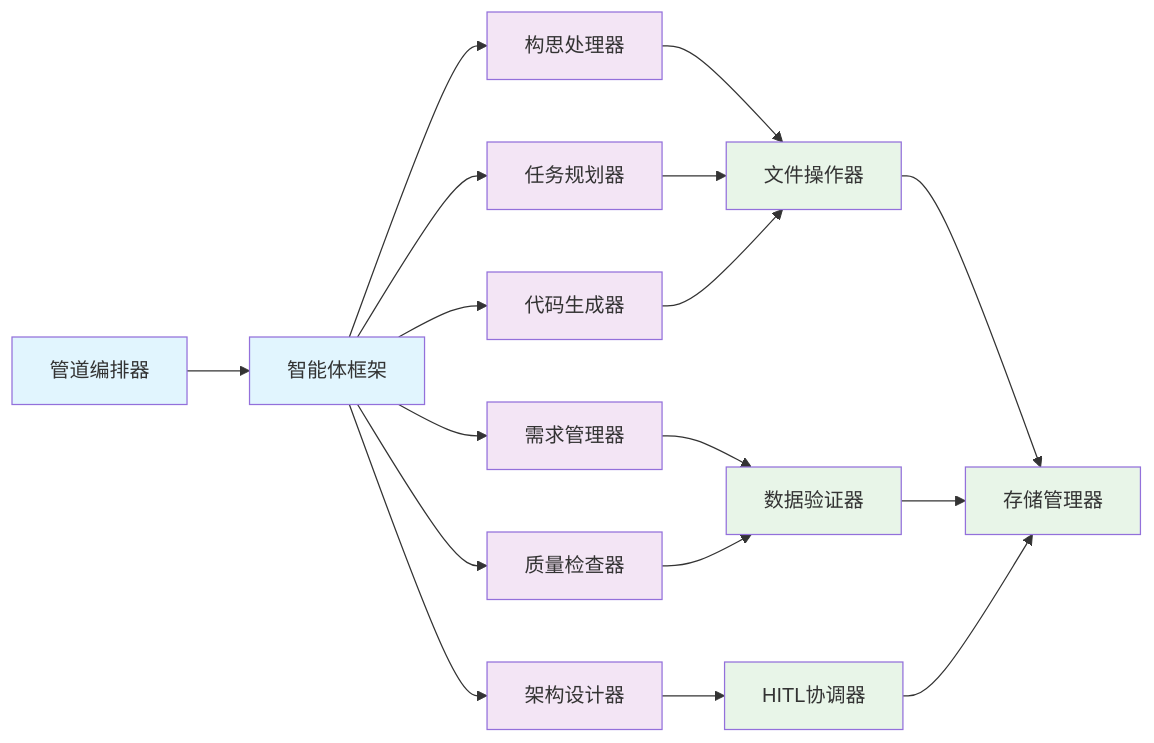
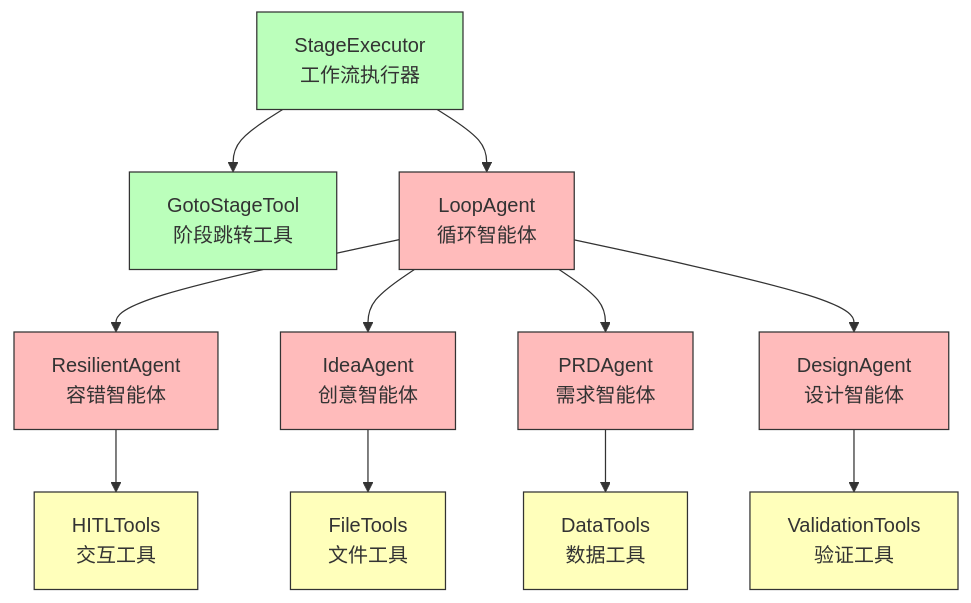
One commit to sopaco/cowork-forge changed the sixth of 11 diagrams in litho.docs/zh/2、架构概览.md. Above: the diagram before and after it, drawn with Mermaid. The commit also changed other lines of this file and 26 other files, not shown here.

````diff
--- a/litho.docs/zh/2、架构概览.md
+++ b/litho.docs/zh/2、架构概览.md
@@ -327,29 +295,39 @@
 ```mermaid
-graph LR
-    A[管道编排器] --> B[智能体框架]
-    B --> C[构思处理器]
-    B --> D[需求管理器]
-    B --> E[架构设计器]
-    B --> F[任务规划器]
-    B --> G[代码生成器]
-    B --> H[质量检查器]
+graph TB
+    %% 工作流引擎组件
+    SUB_STAGE[StageExecutor<br/>工作流执行器]
+    SUB_GOTO[GotoStageTool<br/>阶段跳转工具]
     
-    C --> I[文件操作器]
-    D --> J[数据验证器]
-    E --> K[HITL协调器]
-    F --> I
-    G --> I
-    H --> J
+    %% 智能体组件
+    SUB_LOOP[LoopAgent<br/>循环智能体]
+    SUB_RESILIENT[ResilientAgent<br/>容错智能体]
+    SUB_IDEA[IdeaAgent<br/>创意智能体]
+    SUB_PRD[PRDAgent<br/>需求智能体]
+    SUB_DESIGN[DesignAgent<br/>设计智能体]
     
-    I --> L[存储管理器]
-    J --> L
-    K --> L
+    %% 工具组件
+    SUB_FILE[FileTools<br/>文件工具]
+    SUB_DATA[DataTools<br/>数据工具]
+    SUB_VALID[ValidationTools<br/>验证工具]
+    SUB_HITL[HITLTools<br/>交互工具]
     
-    classDef core fill:#e1f5fe
-    classDef business fill:#f3e5f5
-    classDef support fill:#e8f5e8
+    %% 组件关系
+    SUB_STAGE --> SUB_GOTO
+    SUB_STAGE --> SUB_LOOP
+    SUB_LOOP --> SUB_RESILIENT
+    SUB_LOOP --> SUB_IDEA
+    SUB_LOOP --> SUB_PRD
+    SUB_LOOP --> SUB_DESIGN
+    SUB_IDEA --> SUB_FILE
+    SUB_PRD --> SUB_DATA
+    SUB_DESIGN --> SUB_VALID
+    SUB_RESILIENT --> SUB_HITL
     
-    class A,B core
-    class C,D,E,F,G,H business
-    class I,J,K,L support
+    classDef workflow fill:#bfb,stroke:#333
+    classDef agent fill:#fbb,stroke:#333
+    classDef tool fill:#ffb,stroke:#333
+    
+    class SUB_STAGE,SUB_GOTO workflow
+    class SUB_LOOP,SUB_RESILIENT,SUB_IDEA,SUB_PRD,SUB_DESIGN agent
+    class SUB_FILE,SUB_DATA,SUB_VALID,SUB_HITL tool
 ```
````
